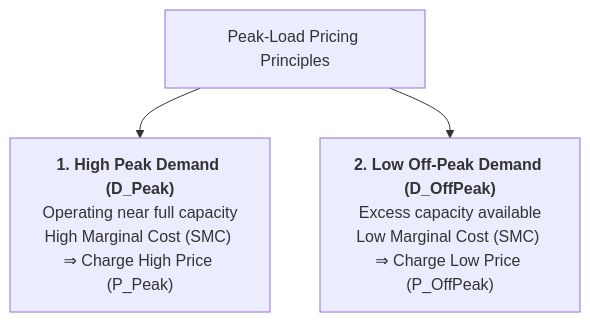
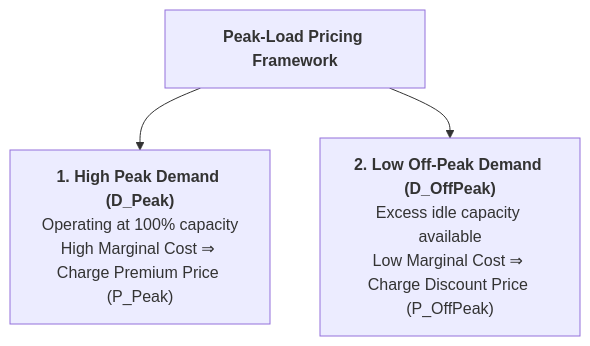
Before and after one commit to premicist/Learn: the diagram in content/notes/peak-load-pricing.md, drawn with Mermaid. The commit also changed other lines of this file and 20 other files, not shown here.

````diff
--- a/content/notes/peak-load-pricing.md
+++ b/content/notes/peak-load-pricing.md
@@ -19,5 +19,5 @@
 ```mermaid
 flowchart TD
-    P[Peak-Load Pricing Principles] --> P1["<b>1. High Peak Demand (D_Peak)</b><br>Operating near full capacity<br>High Marginal Cost (SMC) ⇒ Charge High Price (P_Peak)"]
-    P --> P2["<b>2. Low Off-Peak Demand (D_OffPeak)</b><br>Excess capacity available<br>Low Marginal Cost (SMC) ⇒ Charge Low Price (P_OffPeak)"]
+    P["<b>Peak-Load Pricing Framework</b>"] --> P1["<b>1. High Peak Demand (D_Peak)</b><br>Operating at 100% capacity<br>High Marginal Cost ⇒ Charge Premium Price (P_Peak)"]
+    P --> P2["<b>2. Low Off-Peak Demand (D_OffPeak)</b><br>Excess idle capacity available<br>Low Marginal Cost ⇒ Charge Discount Price (P_OffPeak)"]
 ```
````
